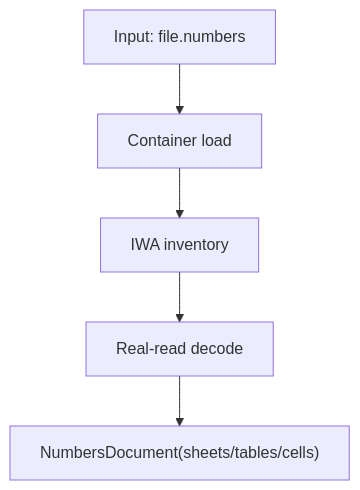
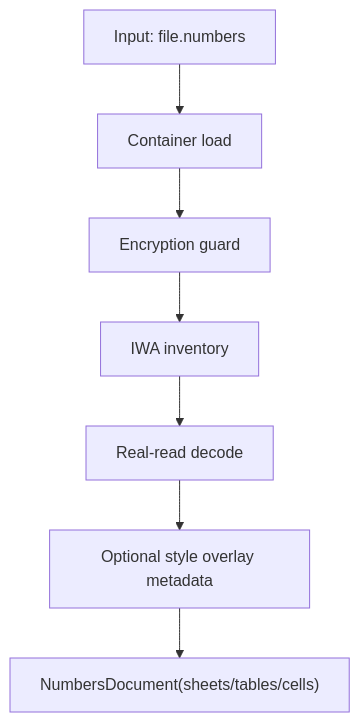
The first of 7 diagrams in docs/capabilities.md (pizzamoltobene/swift-numbers), drawn with Mermaid before and after one commit. The commit also changed other lines of this file and 32 other files, not shown here.

````diff
--- a/docs/capabilities.md
+++ b/docs/capabilities.md
@@ -251,7 +255,9 @@
 ```mermaid
 graph TD
   A["Input: file.numbers"] --> B["Container load"]
-  B --> C["IWA inventory"]
-  C --> D["Real-read decode"]
-  D --> E["NumbersDocument(sheets/tables/cells)"]
+  B --> C["Encryption guard"]
+  C --> D["IWA inventory"]
+  D --> E["Real-read decode"]
+  E --> F["Optional style overlay metadata"]
+  F --> G["NumbersDocument(sheets/tables/cells)"]
 ```
````
